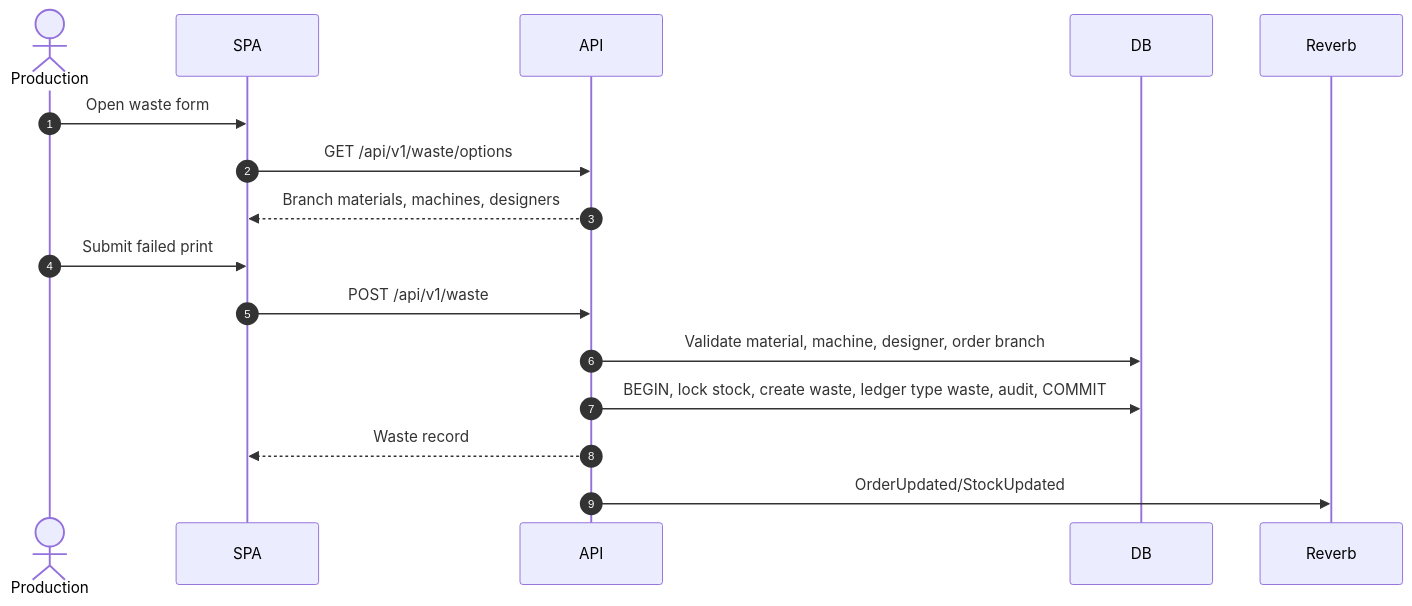
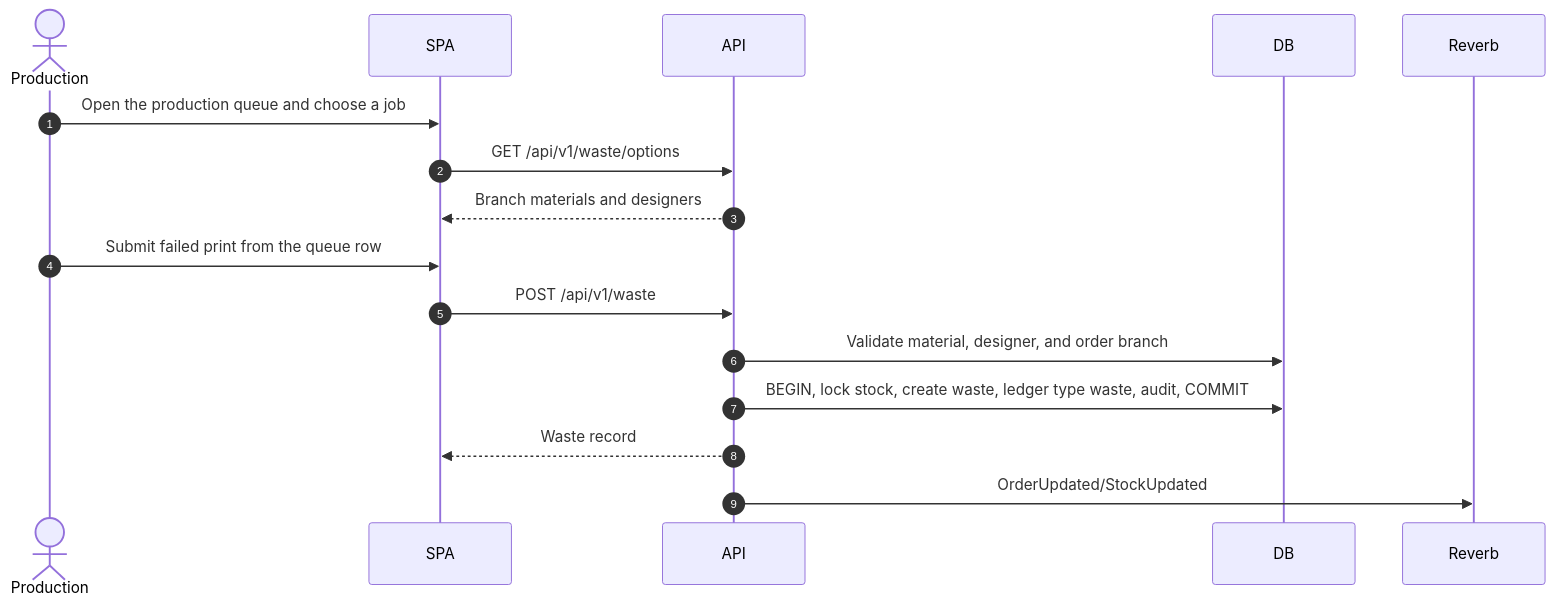
Before and after one commit to Arukast/pos_alja: diagram 14 of 21 in docs/architecture/sequence-diagrams.md, drawn with Mermaid. The commit also changed other lines of this file and 17 other files, not shown here.

````diff
--- a/docs/architecture/sequence-diagrams.md
+++ b/docs/architecture/sequence-diagrams.md
@@ -358,19 +362,19 @@
 ```mermaid
 sequenceDiagram
     autonumber
     actor P as Production
     participant SPA
     participant API
     participant DB
     participant R as Reverb
 
-    P->>SPA: Open waste form
+    P->>SPA: Open the production queue and choose a job
     SPA->>API: GET /api/v1/waste/options
-    API-->>SPA: Branch materials, machines, designers
-    P->>SPA: Submit failed print
+    API-->>SPA: Branch materials and designers
+    P->>SPA: Submit failed print from the queue row
     SPA->>API: POST /api/v1/waste
-    API->>DB: Validate material, machine, designer, order branch
+    API->>DB: Validate material, designer, and order branch
     API->>DB: BEGIN, lock stock, create waste, ledger type waste, audit, COMMIT
     API-->>SPA: Waste record
     API->>R: OrderUpdated/StockUpdated
 ```
````
